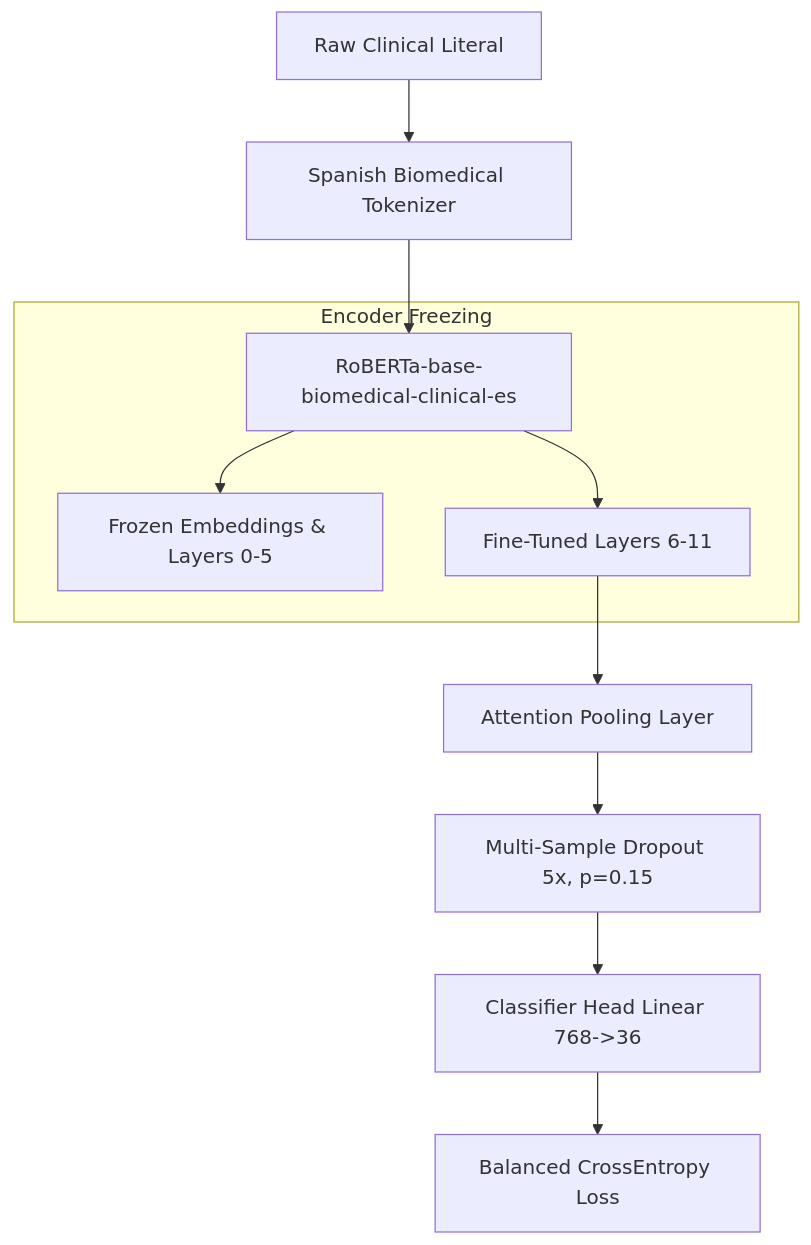
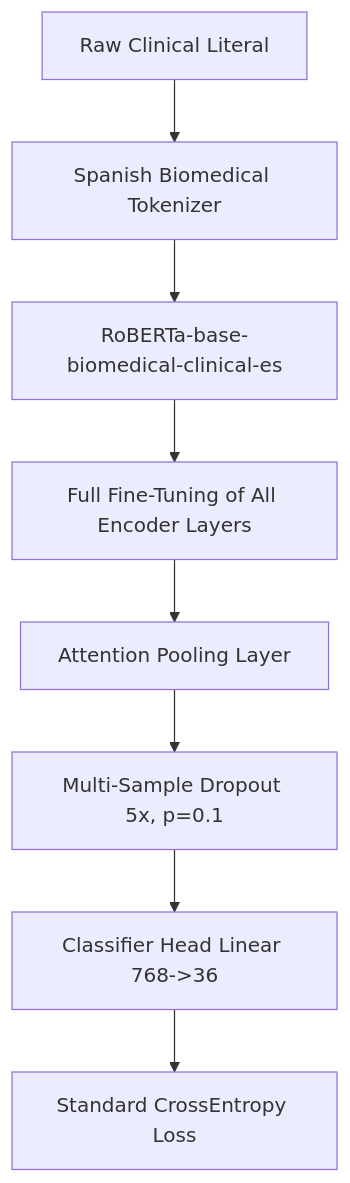
The diagram in README.md (pscxgpt/NLP), drawn with Mermaid before and after one commit. The commit also changed other lines of this file, not shown here.

````diff
--- a/README.md
+++ b/README.md
@@ -32,13 +20,10 @@
 ```mermaid
 graph TD
     A[Raw Clinical Literal] --> B[Spanish Biomedical Tokenizer]
     B --> C[RoBERTa-base-biomedical-clinical-es]
-    subgraph "Encoder Freezing"
-        C --> D["Frozen Embeddings & Layers 0-5"]
-        C --> E["Fine-Tuned Layers 6-11"]
-    end
-    E --> F[Attention Pooling Layer]
-    F --> G[Multi-Sample Dropout 5x, p=0.15]
-    G --> H[Classifier Head Linear 768->36]
-    H --> I[Balanced CrossEntropy Loss]
+    C --> D[Full Fine-Tuning of All Encoder Layers]
+    D --> E[Attention Pooling Layer]
+    E --> F[Multi-Sample Dropout 5x, p=0.1]
+    F --> G[Classifier Head Linear 768->36]
+    G --> H[Standard CrossEntropy Loss]
 ```
````
